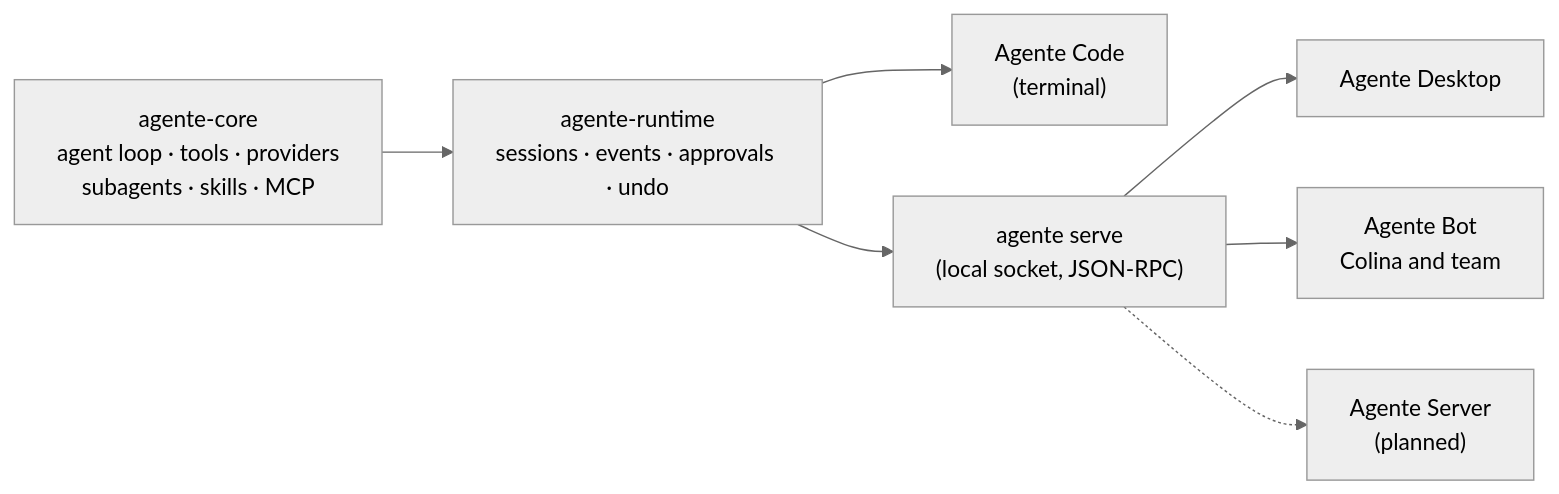
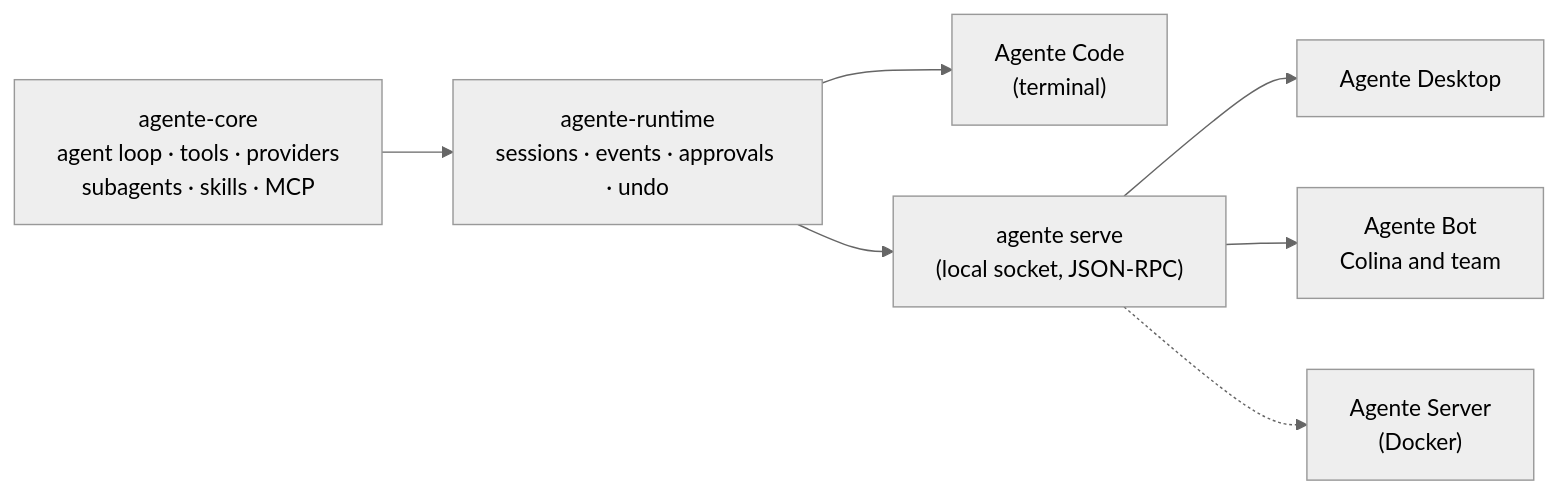
Before and after one commit to fabricio3g/AgenteCode: the diagram in README.md, drawn with Mermaid (neutral theme). The commit also changed other lines of this file and 5 other files, not shown here.

First line of the commit message:
Agente Server: Docker image, compose file and docs

````diff
--- a/README.md
+++ b/README.md
@@ -25,9 +25,9 @@
 ```mermaid
 flowchart LR
   core["agente-core<br/>agent loop · tools · providers<br/>subagents · skills · MCP"] --> runtime["agente-runtime<br/>sessions · events · approvals · undo"]
   runtime --> tui["Agente Code<br/>(terminal)"]
   runtime --> serve["agente serve<br/>(local socket, JSON-RPC)"]
   serve --> desktop["Agente Desktop"]
   serve --> bots["Agente Bot<br/>Colina and team"]
-  serve -.-> server["Agente Server<br/>(planned)"]
+  serve -.-> server["Agente Server<br/>(Docker)"]
 ```
````
